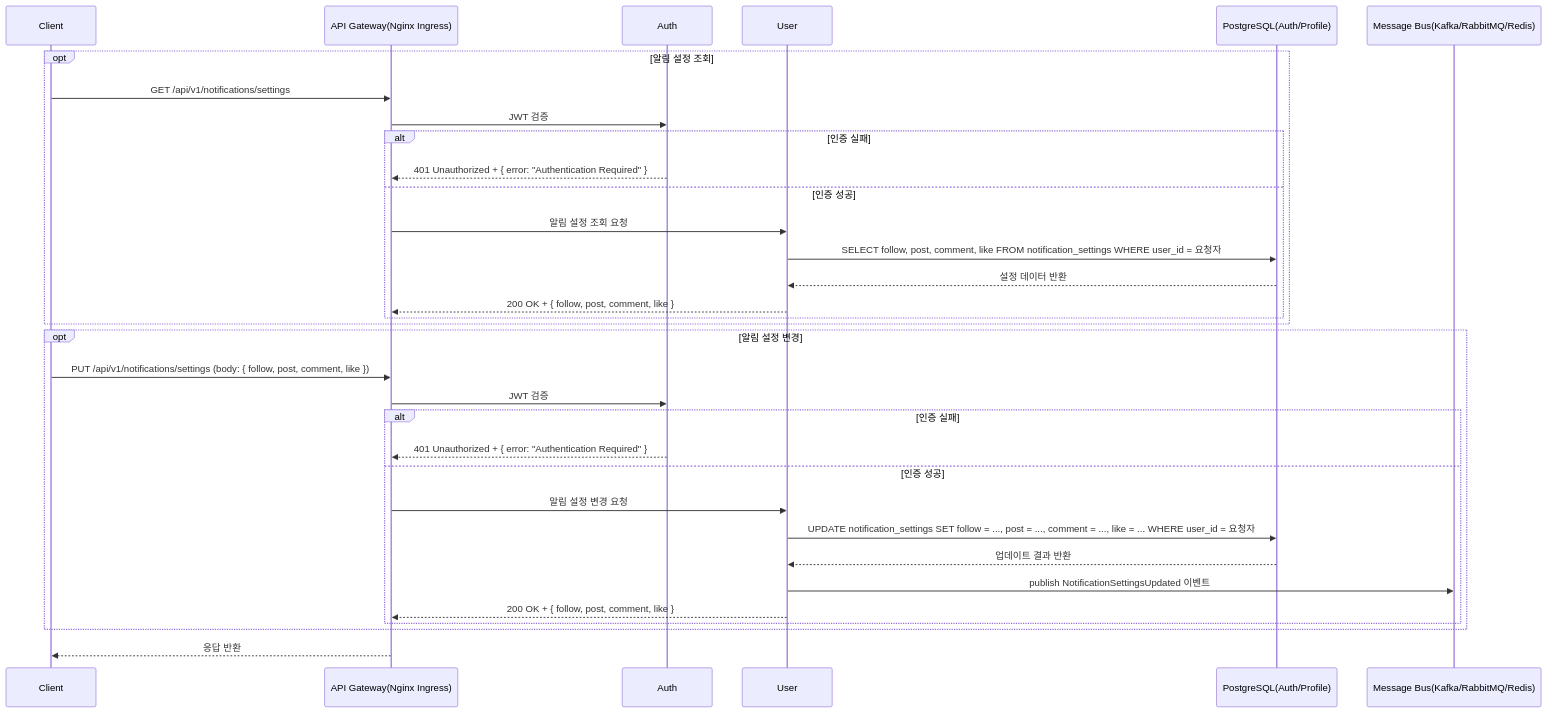
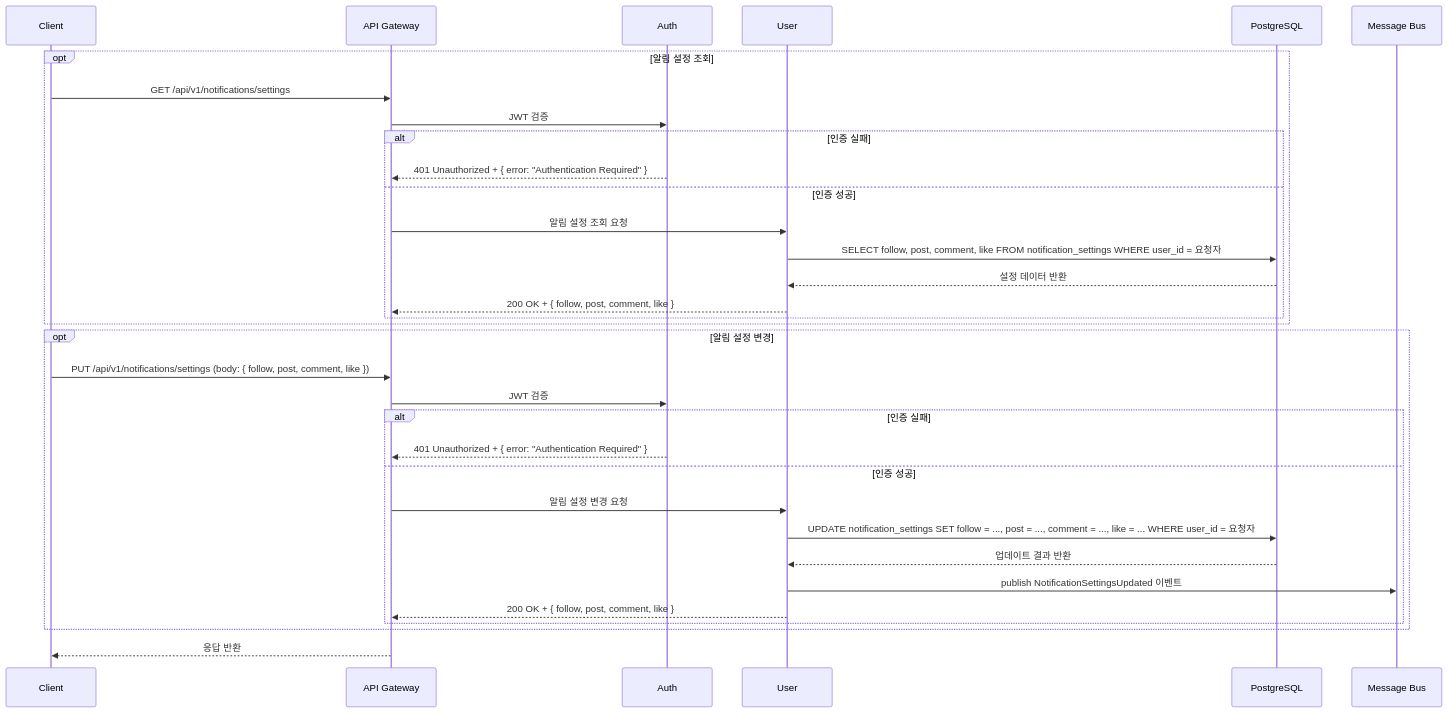
Diagram 13 of 47 in documents/sequence_diagram.md (myeonghan-nim/veilgram), drawn with Mermaid before and after one commit. The commit also changed other lines of this file and 1 other file, not shown here.

````diff
--- a/documents/sequence_diagram.md
+++ b/documents/sequence_diagram.md
@@ -456,36 +454,36 @@
 ```mermaid
 sequenceDiagram
     participant Client as Client
-    participant APIGW as API Gateway(Nginx Ingress)
+    participant APIGW as API Gateway
     participant Auth as Auth
     participant User as User
-    participant DB as PostgreSQL(Auth/Profile)
-    participant Bus as Message Bus(Kafka/RabbitMQ/Redis)
+    participant DB as PostgreSQL
+    participant Bus as Message Bus
 
     opt 알림 설정 조회
         Client->>APIGW: GET /api/v1/notifications/settings
         APIGW->>Auth: JWT 검증
         alt 인증 실패
             Auth-->>APIGW: 401 Unauthorized + { error: "Authentication Required" }
         else 인증 성공
             APIGW->>User: 알림 설정 조회 요청
             User->>DB: SELECT follow, post, comment, like FROM notification_settings WHERE user_id = 요청자
             DB-->>User: 설정 데이터 반환
             User-->>APIGW: 200 OK + { follow, post, comment, like }
         end
     end
     opt 알림 설정 변경
         Client->>APIGW: PUT /api/v1/notifications/settings (body: { follow, post, comment, like })
         APIGW->>Auth: JWT 검증
         alt 인증 실패
             Auth-->>APIGW: 401 Unauthorized + { error: "Authentication Required" }
         else 인증 성공
             APIGW->>User: 알림 설정 변경 요청
             User->>DB: UPDATE notification_settings SET follow = ..., post = ..., comment = ..., like = ... WHERE user_id = 요청자
             DB-->>User: 업데이트 결과 반환
             User->>Bus: publish NotificationSettingsUpdated 이벤트
             User-->>APIGW: 200 OK + { follow, post, comment, like }
         end
     end
     APIGW-->>Client: 응답 반환
 ```
````
